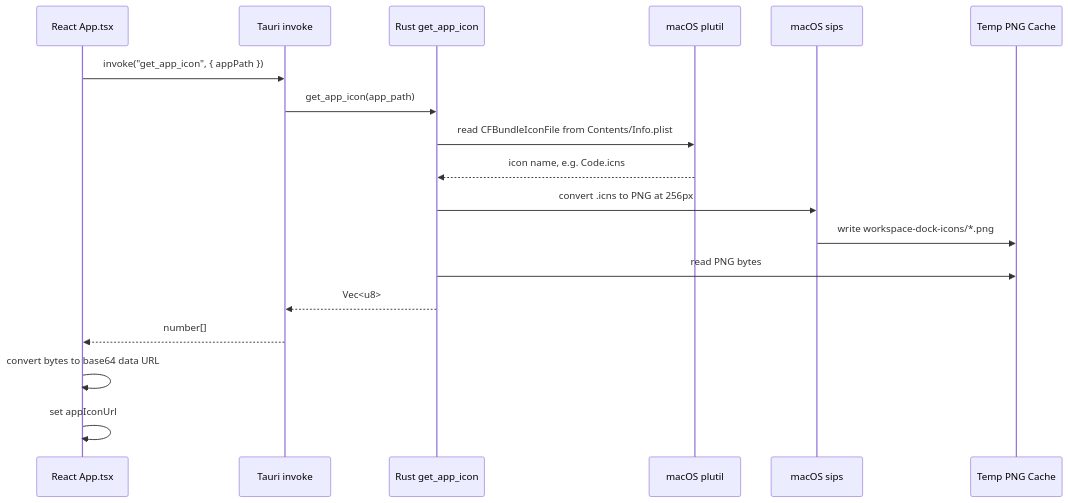
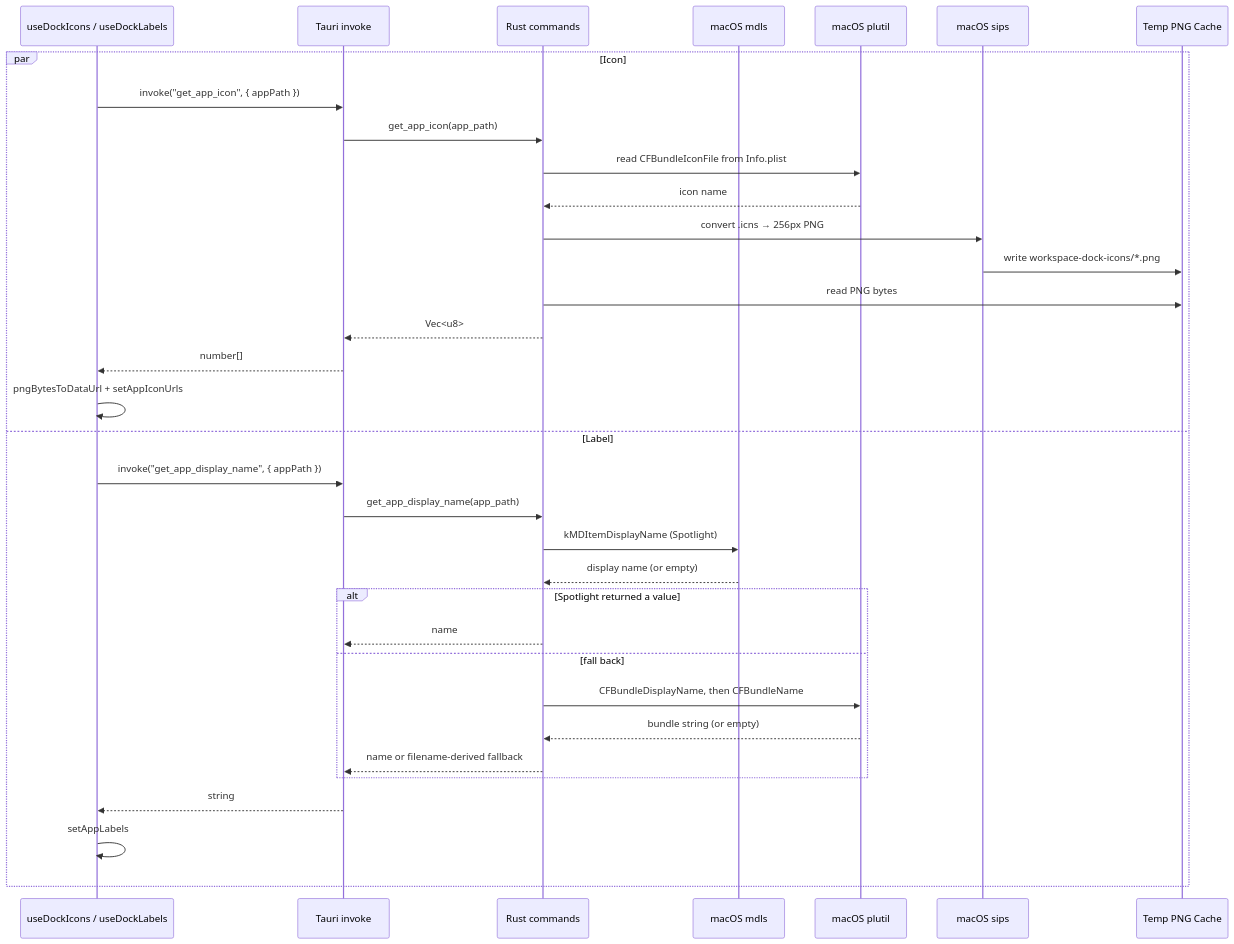
One commit to Westluu/Workspaces changed the third of 7 diagrams in ARCHITECTURE.md. Above: the diagram before and after it, drawn with Mermaid. The commit also changed other lines of this file and 1 other file, not shown here.

Commit message:
update: updated architecture file and made plan for next steps

````diff
--- a/ARCHITECTURE.md
+++ b/ARCHITECTURE.md
@@ -106,21 +135,37 @@
 ```mermaid
 sequenceDiagram
-  participant React as React App.tsx
+  participant React as useDockIcons / useDockLabels
   participant IPC as Tauri invoke
-  participant Rust as Rust get_app_icon
+  participant Rust as Rust commands
+  participant Mdls as macOS mdls
   participant Plutil as macOS plutil
   participant Sips as macOS sips
   participant FS as Temp PNG Cache
 
-  React->>IPC: invoke("get_app_icon", { appPath })
-  IPC->>Rust: get_app_icon(app_path)
-  Rust->>Plutil: read CFBundleIconFile from Contents/Info.plist
-  Plutil-->>Rust: icon name, e.g. Code.icns
-  Rust->>Sips: convert .icns to PNG at 256px
-  Sips->>FS: write workspace-dock-icons/*.png
-  Rust->>FS: read PNG bytes
-  Rust-->>IPC: Vec<u8>
-  IPC-->>React: number[]
-  React->>React: convert bytes to base64 data URL
-  React->>React: set appIconUrl
+  par Icon
+    React->>IPC: invoke("get_app_icon", { appPath })
+    IPC->>Rust: get_app_icon(app_path)
+    Rust->>Plutil: read CFBundleIconFile from Info.plist
+    Plutil-->>Rust: icon name
+    Rust->>Sips: convert .icns → 256px PNG
+    Sips->>FS: write workspace-dock-icons/*.png
+    Rust->>FS: read PNG bytes
+    Rust-->>IPC: Vec<u8>
+    IPC-->>React: number[]
+    React->>React: pngBytesToDataUrl + setAppIconUrls
+  and Label
+    React->>IPC: invoke("get_app_display_name", { appPath })
+    IPC->>Rust: get_app_display_name(app_path)
+    Rust->>Mdls: kMDItemDisplayName (Spotlight)
+    Mdls-->>Rust: display name (or empty)
+    alt Spotlight returned a value
+      Rust-->>IPC: name
+    else fall back
+      Rust->>Plutil: CFBundleDisplayName, then CFBundleName
+      Plutil-->>Rust: bundle string (or empty)
+      Rust-->>IPC: name or filename-derived fallback
+    end
+    IPC-->>React: string
+    React->>React: setAppLabels
+  end
 ```
````
